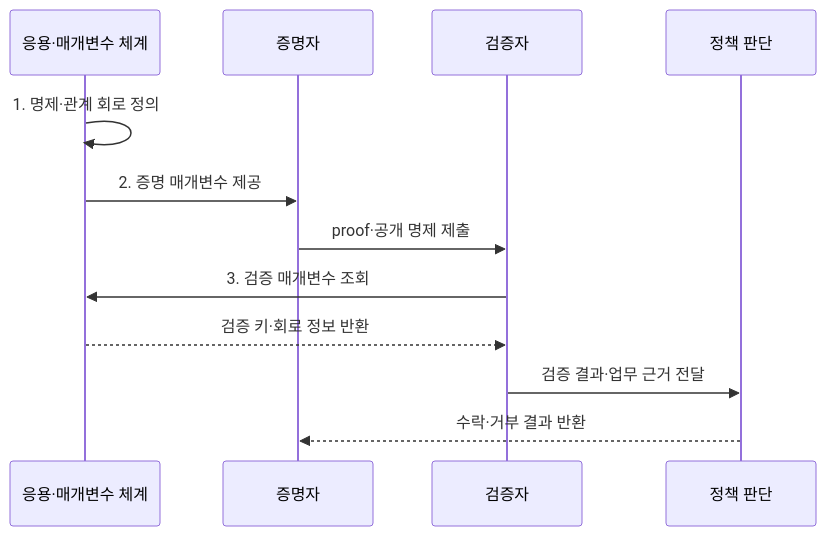
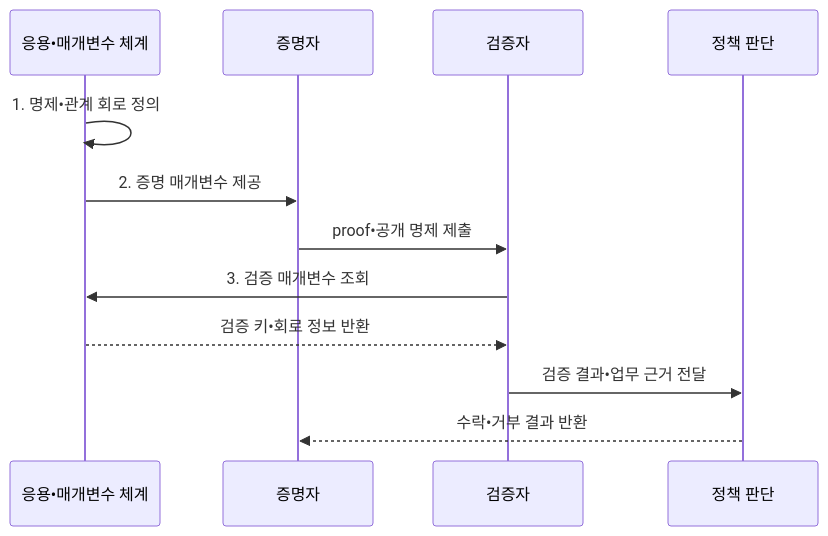
The second of 2 diagrams in src/content/docs/notes/08-latest-tech/222_zero_knowledge_proof.md (agnusdei1207/knowledge-base), drawn with Mermaid before and after one commit. The commit also changed other lines of this file and 953 other files, not shown here.

````diff
--- a/src/content/docs/notes/08-latest-tech/222_zero_knowledge_proof.md
+++ b/src/content/docs/notes/08-latest-tech/222_zero_knowledge_proof.md
@@ -99,14 +99,14 @@
 ```mermaid
 sequenceDiagram
-    participant P as 응용·매개변수 체계
+    participant P as 응용•매개변수 체계
   participant R as 증명자
   participant V as 검증자
   participant D as 정책 판단
-    P->>P: 1. 명제·관계 회로 정의
+    P->>P: 1. 명제•관계 회로 정의
   P->>R: 2. 증명 매개변수 제공
-  R->>V: proof·공개 명제 제출
+  R->>V: proof•공개 명제 제출
   V->>P: 3. 검증 매개변수 조회
-  P-->>V: 검증 키·회로 정보 반환
-  V->>D: 검증 결과·업무 근거 전달
-  D-->>R: 수락·거부 결과 반환
+  P-->>V: 검증 키•회로 정보 반환
+  V->>D: 검증 결과•업무 근거 전달
+  D-->>R: 수락•거부 결과 반환
 ```
````
